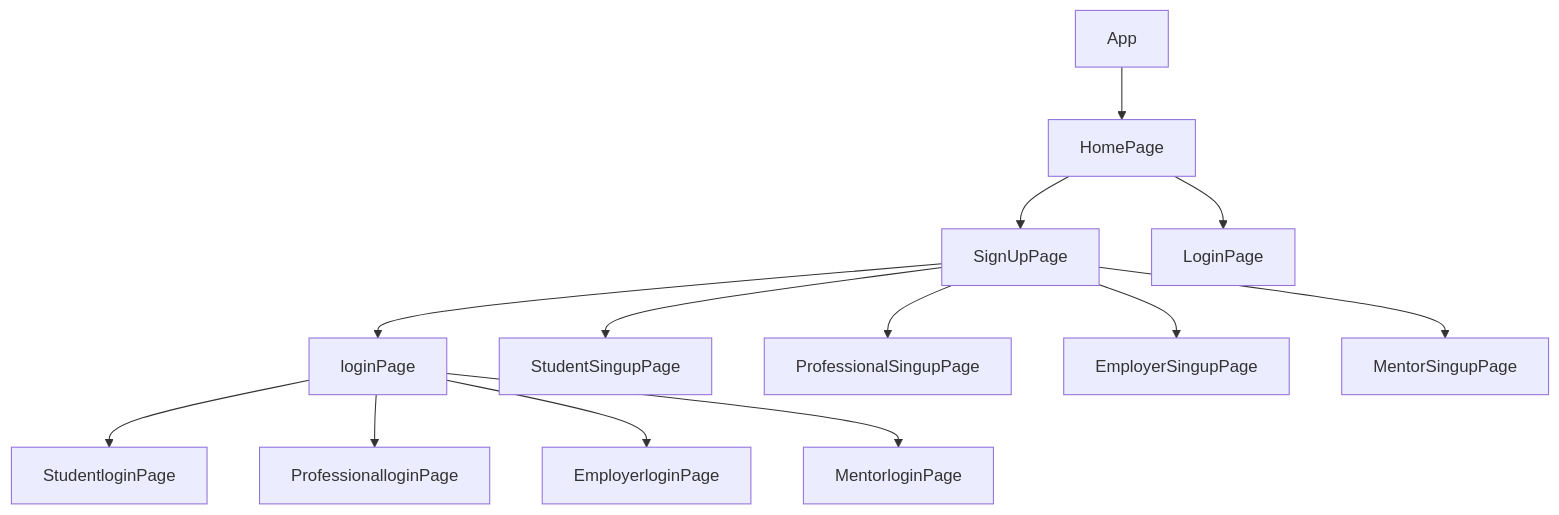
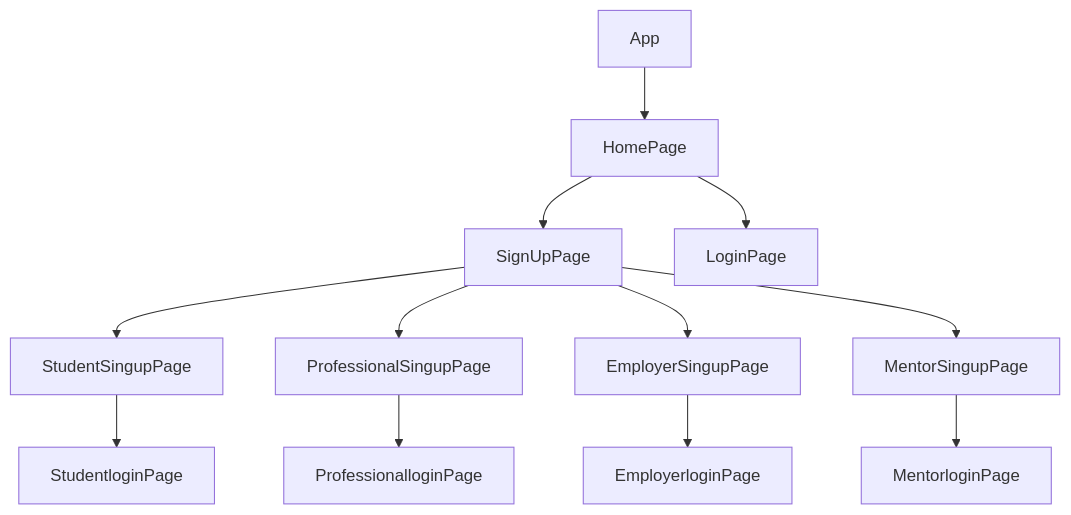
Before and after one commit to Skilltank01/SkilltankWebsite: the diagram in README.md, drawn with Mermaid.

````diff
--- a/README.md
+++ b/README.md
@@ -74,16 +74,15 @@
 ```mermaid
 graph TD;
     App-->HomePage
     HomePage-->SignUpPage;
      HomePage-->LoginPage;
-      SignUpPage-->loginPage;
 SignUpPage-->StudentSingupPage;
  SignUpPage-->ProfessionalSingupPage;
  SignUpPage-->EmployerSingupPage;
  SignUpPage-->MentorSingupPage;
-  loginPage-->StudentloginPage;
- loginPage-->ProfessionalloginPage;
- loginPage-->EmployerloginPage;
- loginPage-->MentorloginPage;
+ StudentSingupPage-->StudentloginPage;
+ ProfessionalSingupPage-->ProfessionalloginPage;
+ EmployerSingupPage-->EmployerloginPage;
+ MentorSingupPage-->MentorloginPage;
         
 ```
````
